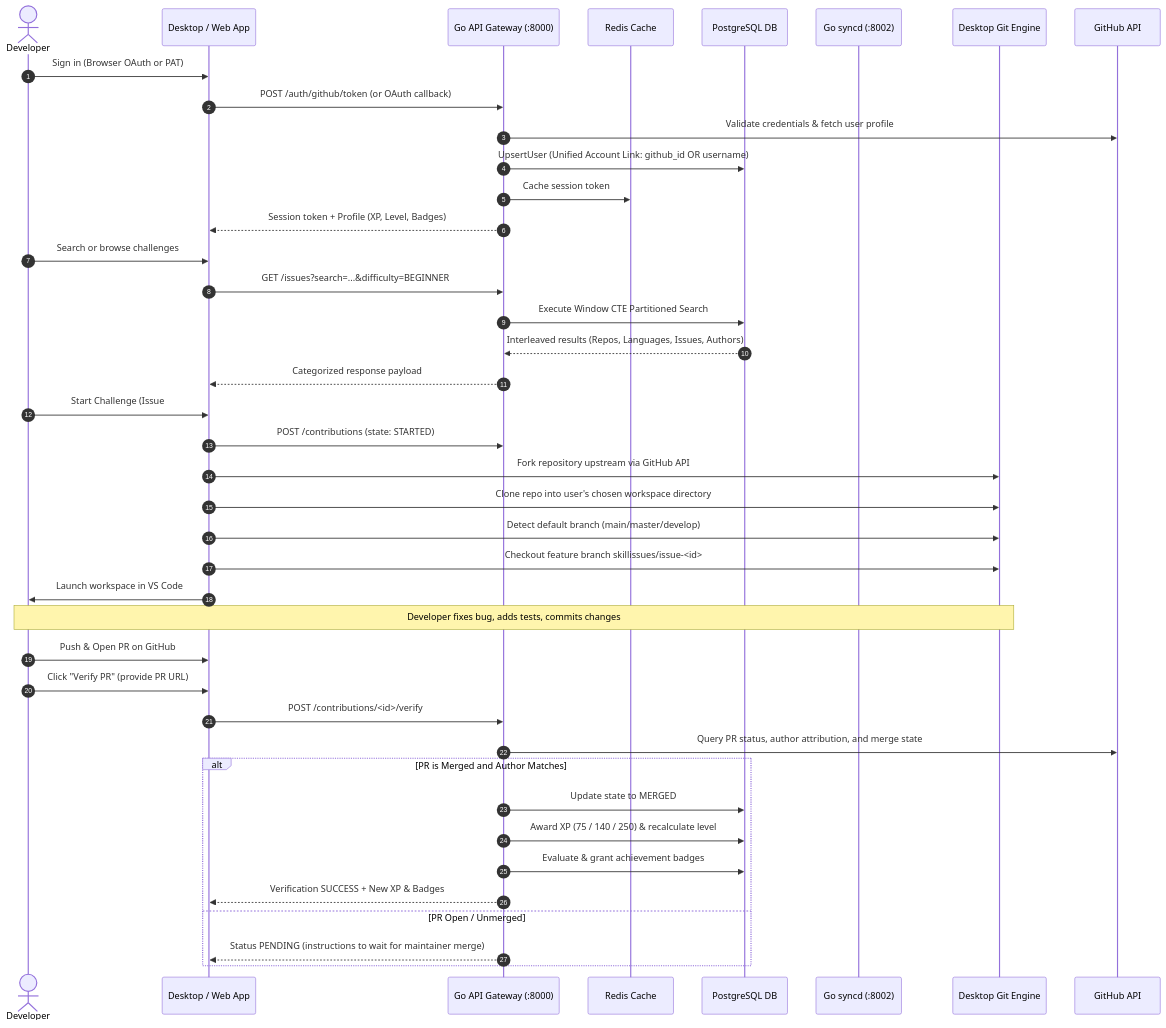
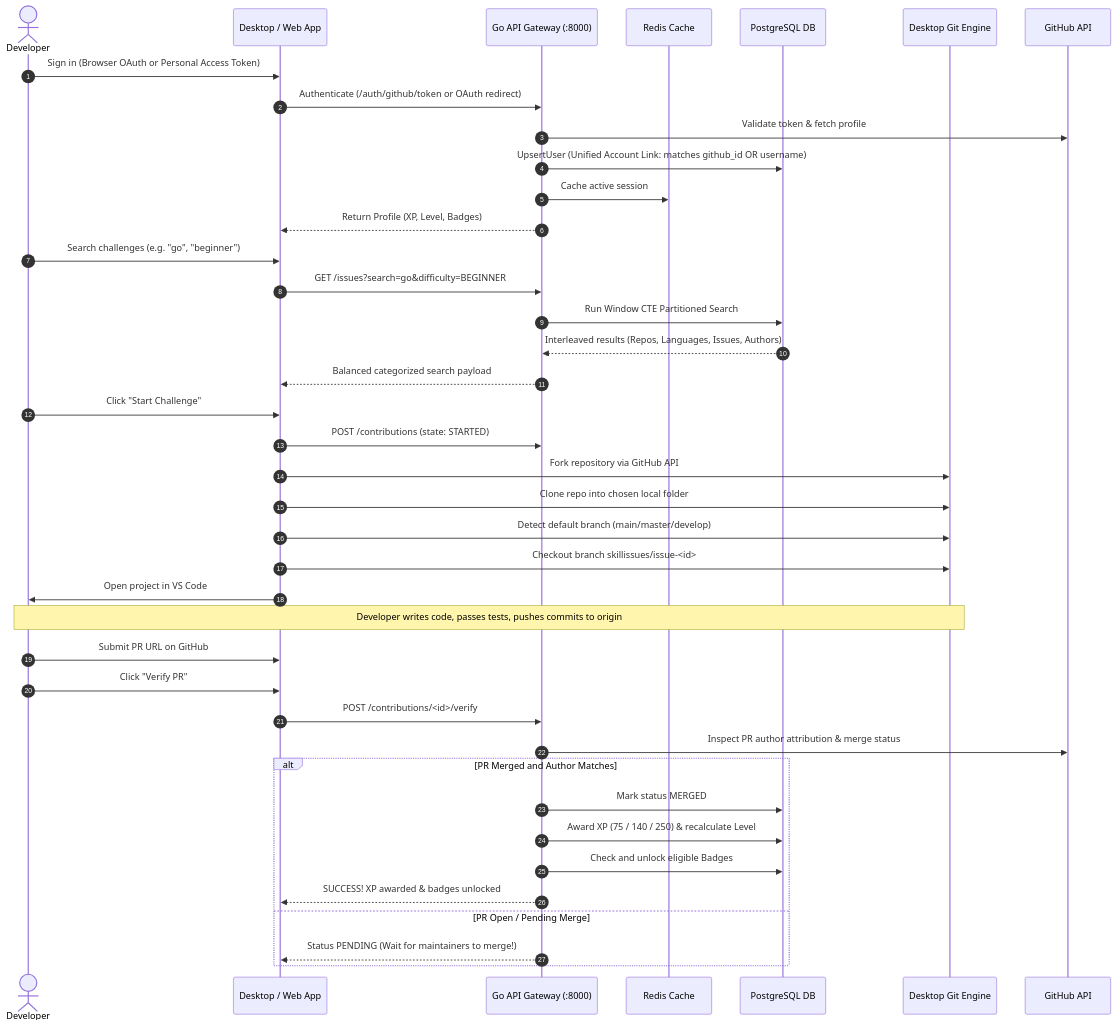
One commit to dizziedbliss/SkillIssues changed the second of 2 diagrams in ARCHITECTURE.md. Above: the diagram before and after it, drawn with Mermaid. The commit also changed other lines of this file and 8 other files, not shown here.

Commit message:
docs: refresh README, CONTRIBUTING, ARCHITECTURE, and add CODE_OF_CONDUCT and issue templates with welcoming quirky tone

````diff
--- a/ARCHITECTURE.md
+++ b/ARCHITECTURE.md
@@ -67,48 +71,47 @@
 ```mermaid
 sequenceDiagram
     autonumber
     actor Dev as Developer
     participant UI as Desktop / Web App
     participant API as Go API Gateway (:8000)
     participant Redis as Redis Cache
     participant DB as PostgreSQL DB
-    participant Syncd as Go syncd (:8002)
     participant Git as Desktop Git Engine
     participant GH as GitHub API
 
-    Dev->>UI: Sign in (Browser OAuth or PAT)
-    UI->>API: POST /auth/github/token (or OAuth callback)
-    API->>GH: Validate credentials & fetch user profile
-    API->>DB: UpsertUser (Unified Account Link: github_id OR username)
-    API->>Redis: Cache session token
-    API-->>UI: Session token + Profile (XP, Level, Badges)
+    Dev->>UI: Sign in (Browser OAuth or Personal Access Token)
+    UI->>API: Authenticate (/auth/github/token or OAuth redirect)
+    API->>GH: Validate token & fetch profile
+    API->>DB: UpsertUser (Unified Account Link: matches github_id OR username)
+    API->>Redis: Cache active session
+    API-->>UI: Return Profile (XP, Level, Badges)
 
-    Dev->>UI: Search or browse challenges
-    UI->>API: GET /issues?search=...&difficulty=BEGINNER
-    API->>DB: Execute Window CTE Partitioned Search
+    Dev->>UI: Search challenges (e.g. "go", "beginner")
+    UI->>API: GET /issues?search=go&difficulty=BEGINNER
+    API->>DB: Run Window CTE Partitioned Search
     DB-->>API: Interleaved results (Repos, Languages, Issues, Authors)
-    API-->>UI: Categorized response payload
+    API-->>UI: Balanced categorized search payload
 
-    Dev->>UI: Start Challenge (Issue #X)
+    Dev->>UI: Click "Start Challenge"
     UI->>API: POST /contributions (state: STARTED)
-    UI->>Git: Fork repository upstream via GitHub API
-    UI->>Git: Clone repo into user's chosen workspace directory
+    UI->>Git: Fork repository via GitHub API
+    UI->>Git: Clone repo into chosen local folder
     UI->>Git: Detect default branch (main/master/develop)
-    UI->>Git: Checkout feature branch skillissues/issue-<id>
-    UI->>Dev: Launch workspace in VS Code
+    UI->>Git: Checkout branch skillissues/issue-<id>
+    UI->>Dev: Open project in VS Code
 
-    Note over Dev,Git: Developer fixes bug, adds tests, commits changes
+    Note over Dev,Git: Developer writes code, passes tests, pushes commits to origin
 
-    Dev->>UI: Push & Open PR on GitHub
-    Dev->>UI: Click "Verify PR" (provide PR URL)
+    Dev->>UI: Submit PR URL on GitHub
+    Dev->>UI: Click "Verify PR"
     UI->>API: POST /contributions/<id>/verify
-    API->>GH: Query PR status, author attribution, and merge state
-    alt PR is Merged and Author Matches
-        API->>DB: Update state to MERGED
-        API->>DB: Award XP (75 / 140 / 250) & recalculate level
-        API->>DB: Evaluate & grant achievement badges
-        API-->>UI: Verification SUCCESS + New XP & Badges
-    else PR Open / Unmerged
-        API-->>UI: Status PENDING (instructions to wait for maintainer merge)
+    API->>GH: Inspect PR author attribution & merge status
+    alt PR Merged and Author Matches
+        API->>DB: Mark status MERGED
+        API->>DB: Award XP (75 / 140 / 250) & recalculate Level
+        API->>DB: Check and unlock eligible Badges
+        API-->>UI: SUCCESS! XP awarded & badges unlocked
+    else PR Open / Pending Merge
+        API-->>UI: Status PENDING (Wait for maintainers to merge!)
     end
 ```
````
